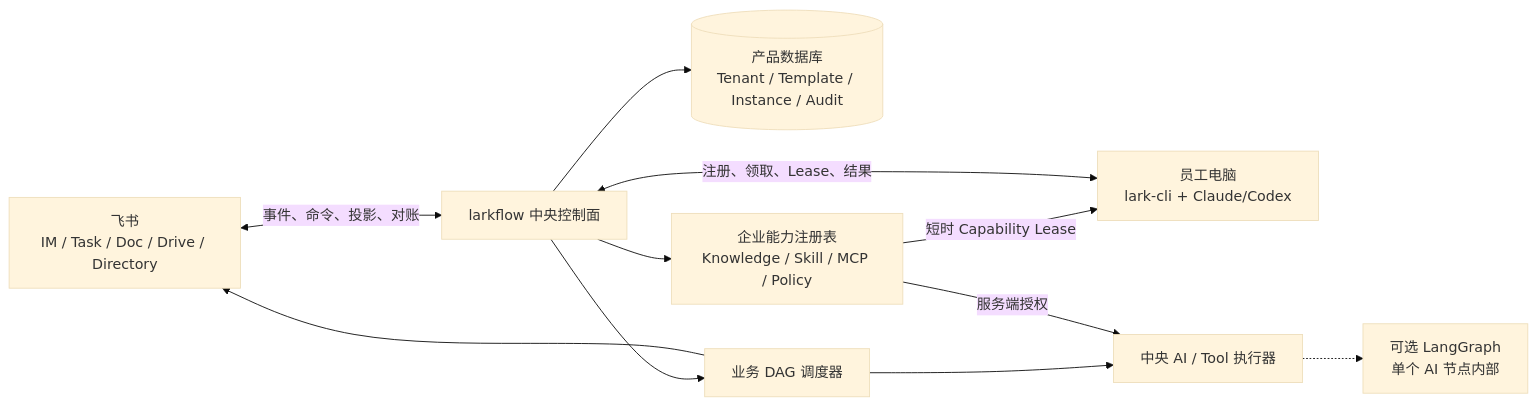
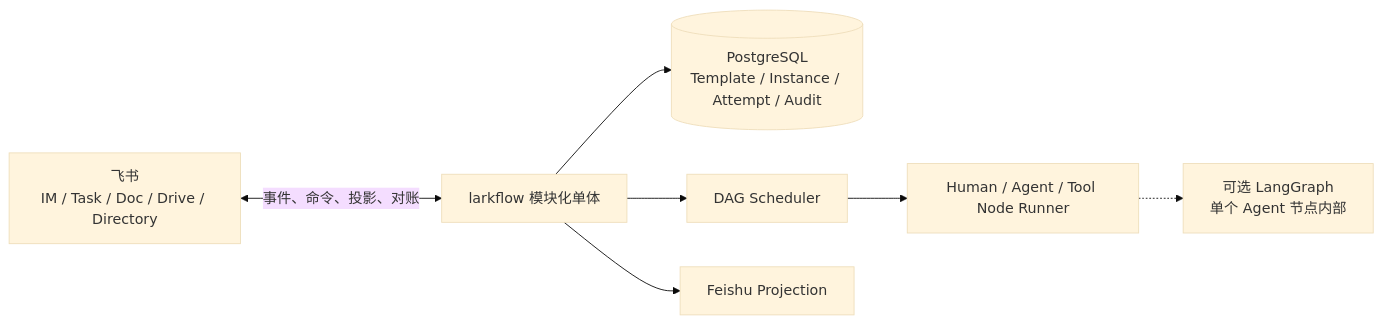
The diagram in AIREADME/ARCHITECTURE.md (iyuenan3/larkflow), drawn with Mermaid (base theme) before and after one commit. The commit also changed other lines of this file and 19 other files, not shown here.

````diff
--- a/AIREADME/ARCHITECTURE.md
+++ b/AIREADME/ARCHITECTURE.md
@@ -16,13 +17,9 @@
 ```mermaid
 flowchart LR
-    F["飞书<br/>IM / Task / Doc / Drive / Directory"] <-->|"事件、命令、投影、对账"| C["larkflow 中央控制面"]
-    C --> D[("产品数据库<br/>Tenant / Template / Instance / Audit")]
-    C --> R["企业能力注册表<br/>Knowledge / Skill / MCP / Policy"]
-    C --> Q["业务 DAG 调度器"]
-    Q --> F
-    E["员工电脑<br/>lark-cli + Claude/Codex"] <-->|"注册、领取、Lease、结果"| C
-    Q --> A["中央 AI / Tool 执行器"]
-    A -.-> L["可选 LangGraph<br/>单个 AI 节点内部"]
-    R -->|"短时 Capability Lease"| E
-    R -->|"服务端授权"| A
+    F["飞书<br/>IM / Task / Doc / Drive / Directory"] <-->|"事件、命令、投影、对账"| C["larkflow 模块化单体"]
+    C --> D[("PostgreSQL<br/>Template / Instance / Attempt / Audit")]
+    C --> S["DAG Scheduler"]
+    C --> P["Feishu Projection"]
+    S --> R["Human / Agent / Tool Node Runner"]
+    R -.-> L["可选 LangGraph<br/>单个 Agent 节点内部"]
 ```
````
